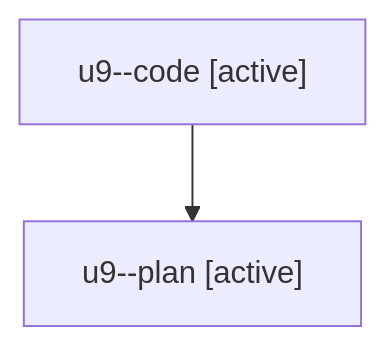
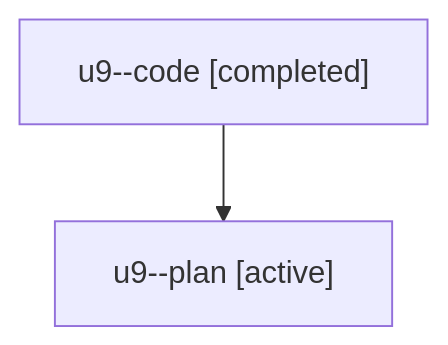
The diagram in families/bbugyi200.athena.u9.md (sase-org/sase--agents), drawn with Mermaid before and after one commit. The commit also changed other lines of this file and 4556 other files, not shown here.

````diff
--- a/families/bbugyi200.athena.u9.md
+++ b/families/bbugyi200.athena.u9.md
@@ -9,6 +9,6 @@
 ```mermaid
 flowchart TD
-  n0["u9--code [active]"]
+  n0["u9--code [completed]"]
   n1["u9--plan [active]"]
   n0 --> n1
 ```
````
